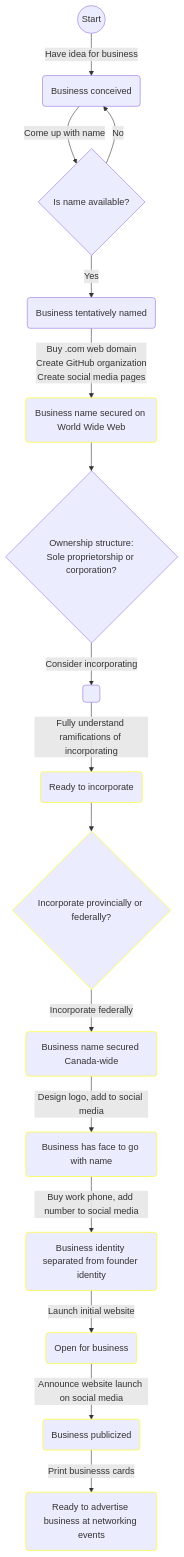
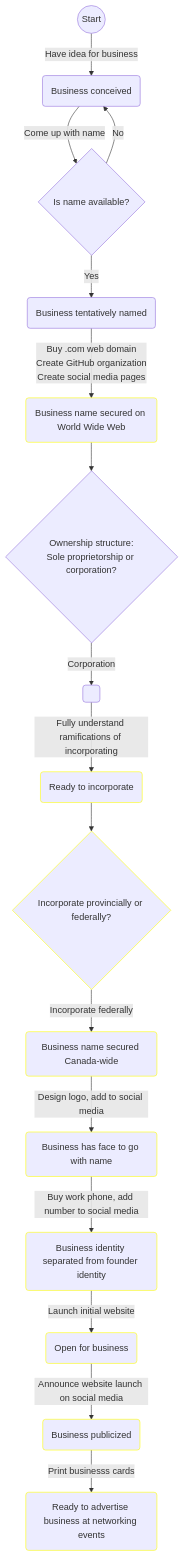
One commit to OttawaNerdCorp/blog changed the diagram in bizdev.md. Above: the diagram before and after it, drawn with Mermaid.

````diff
--- a/bizdev.md
+++ b/bizdev.md
@@ -12,21 +12,21 @@
 ```mermaid
 flowchart TB
     classDef todo stroke:yellow
 
     s0((Start)) -- Have idea for business --> s1(Business conceived)
     s1 -- Come up with name --> d1
     d1{Is name available?}
     d1 -- No --> s1
     d1 -- Yes --> s2(Business tentatively named)
     s2 -- Buy .com web domain<br>Create GitHub organization<br>Create social media pages --> s3(Business name secured on World Wide Web):::todo
     s3 --> d2{Ownership structure:<br>Sole proprietorship or corporation?}
-    d2 -- Consider incorporating --> s5( )
+    d2 -- Corporation --> s5( )
     s5 -- Fully understand ramifications of incorporating --> s6(Ready to incorporate):::todo
     s6 --> d3{Incorporate provincially or federally?}:::todo
     d3 -- Incorporate federally --> s7(Business name secured Canada-wide):::todo
     s7 -- Design logo, add to social media --> s8(Business has face to go with name):::todo
     s8 -- Buy work phone, add number to social media --> s9(Business identity separated from founder identity):::todo
     s9 -- Launch initial website --> s10(Open for business):::todo
     s10 -- Announce website launch on social media --> s11(Business publicized):::todo
     s11 -- Print businesss cards --> s13(Ready to advertise business at networking events):::todo
 ```
````
